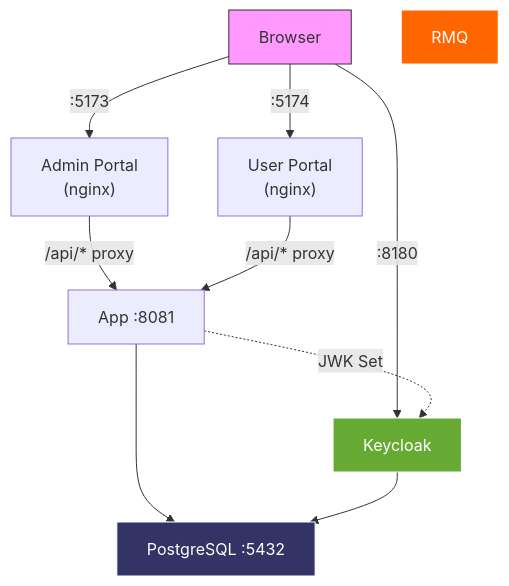
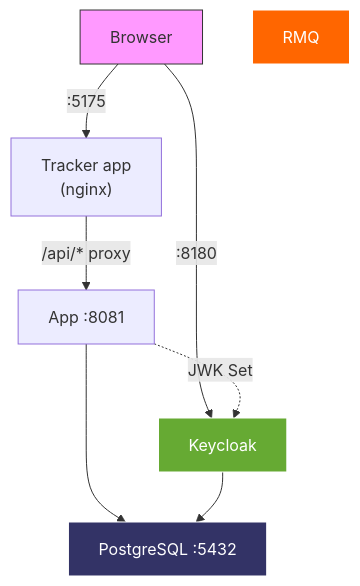
The fourth of 6 diagrams in docs/architecture/c4-deployment.md (mszalus/workflow-platform), drawn with Mermaid before and after one commit. The commit also changed other lines of this file and 139 other files, not shown here.

First line of the commit message:
feat(frontend): cut over to the single tracker app

````diff
--- a/docs/architecture/c4-deployment.md
+++ b/docs/architecture/c4-deployment.md
@@ -62,23 +59,21 @@
 ```mermaid
 flowchart TD
     Browser["Browser"]
 
-    Browser -->|":5173"| AP["Admin Portal<br/>(nginx)"]
-    Browser -->|":5174"| UP["User Portal<br/>(nginx)"]
+    Browser -->|":5175"| WEB["Tracker app<br/>(nginx)"]
     Browser -->|":8180"| KC["Keycloak"]
 
-    AP -->|"/api/* proxy"| WF["App :8081"]
-    UP -->|"/api/* proxy"| WF
+    WEB -->|"/api/* proxy"| WF["App :8081"]
 
 
     WF -.->|"JWK Set"| KC
 
     WF --> PG["PostgreSQL :5432"]
     KC --> PG
 
 
     style Browser fill:#f9f,stroke:#333
     style PG fill:#336,stroke:#fff,color:#fff
     style RMQ fill:#f60,stroke:#fff,color:#fff
     style KC fill:#6a3,stroke:#fff,color:#fff
 ```
````
